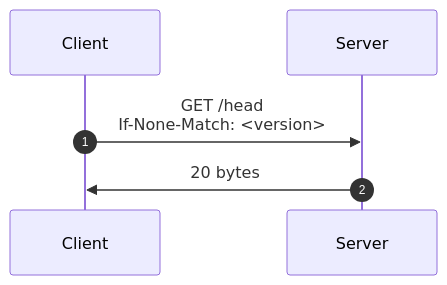
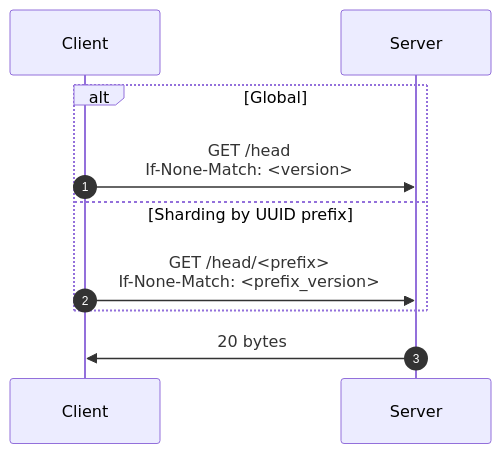
The fourth of 4 diagrams in PROPOSAL.md (bitmeta69/securedrop), drawn with Mermaid before and after one commit. The commit also changed other lines of this file, not shown here.

Commit message:
docs: generalize version semantics to deterministic shards by UUID prefix

````diff
--- a/PROPOSAL.md
+++ b/PROPOSAL.md
@@ -184,10 +188,14 @@
 ```mermaid
 sequenceDiagram
 autonumber
 
 participant Client
 participant Server
 
+alt Global
 Client ->> Server: GET /head<br>If-None-Match: <version>
+else Sharding by UUID prefix
+Client ->> Server: GET /head/<prefix><br>If-None-Match: <prefix_version>
+end
 Server ->> Client: 20 bytes
 ```
````
